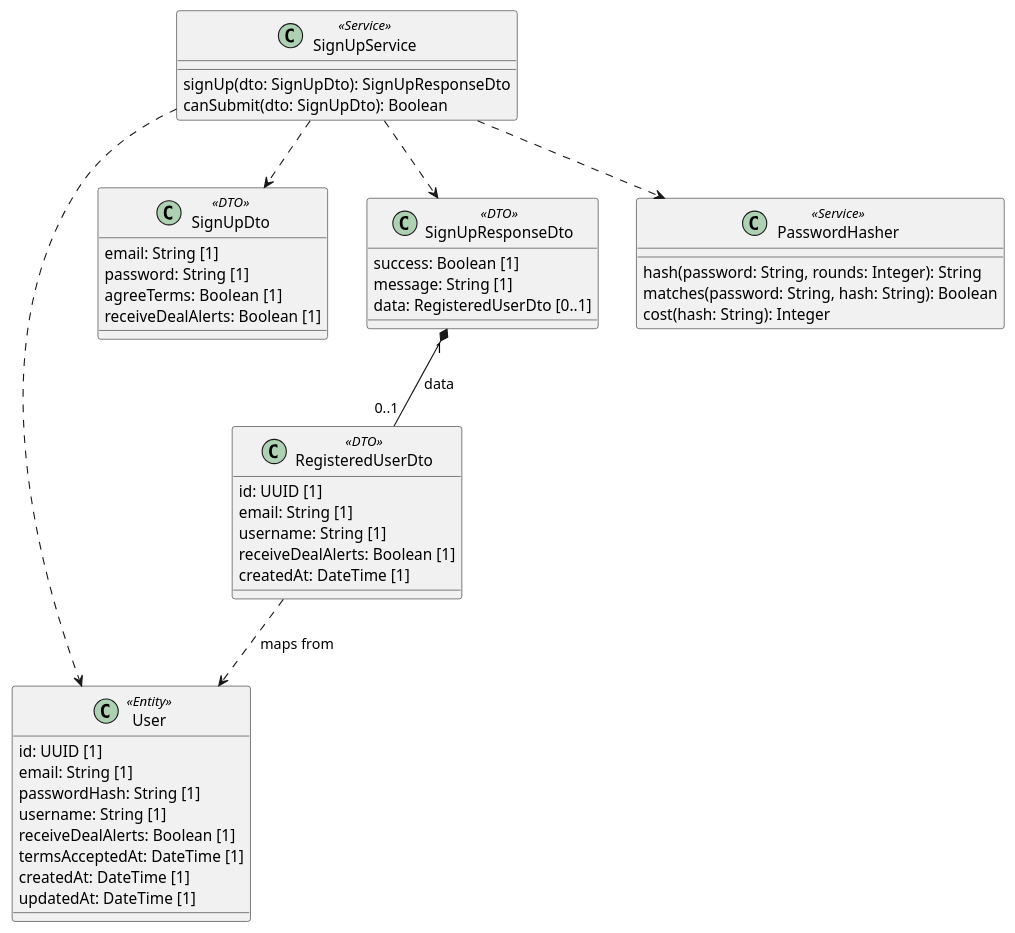
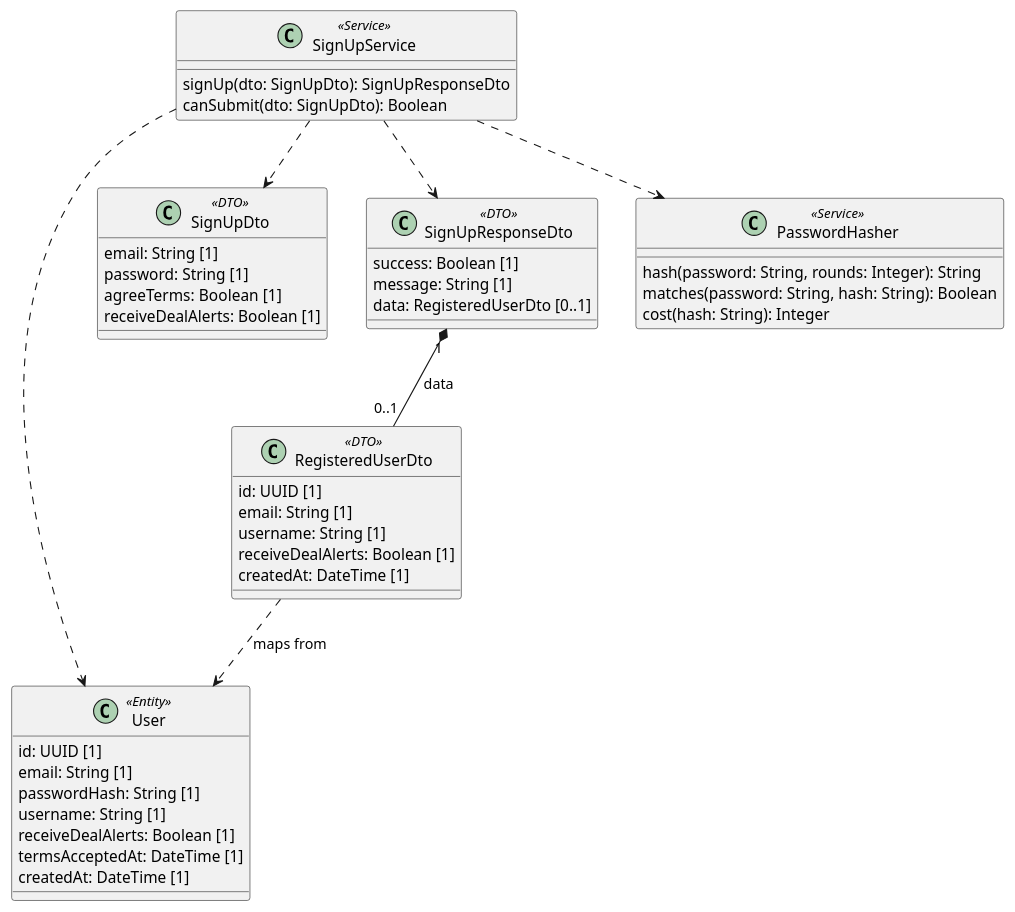
Before and after one commit to khanhNguyenHong2311/VT-TripmaSpecification: the diagram in 01-inception/use-cases/uc-07-sign-up.md, drawn with PlantUML. The commit also changed other lines of this file and 12 other files, not shown here.

Commit message:
feat: add database-schema, uc08, 09, 12; modify: all uc

```diff
--- a/01-inception/use-cases/uc-07-sign-up.md
+++ b/01-inception/use-cases/uc-07-sign-up.md
@@ -120,55 +115,54 @@
 ~~~plantuml
 @startuml
 
 class User <<Entity>> {
   id: UUID [1]
   email: String [1]
   passwordHash: String [1]
   username: String [1]
   receiveDealAlerts: Boolean [1]
   termsAcceptedAt: DateTime [1]
   createdAt: DateTime [1]
-  updatedAt: DateTime [1]
 }
 
 class SignUpDto <<DTO>> {
   email: String [1]
   password: String [1]
   agreeTerms: Boolean [1]
   receiveDealAlerts: Boolean [1]
 }
 
 class RegisteredUserDto <<DTO>> {
   id: UUID [1]
   email: String [1]
   username: String [1]
   receiveDealAlerts: Boolean [1]
   createdAt: DateTime [1]
 }
 
 class SignUpResponseDto <<DTO>> {
   success: Boolean [1]
   message: String [1]
   data: RegisteredUserDto [0..1]
 }
 
 class SignUpService <<Service>> {
   signUp(dto: SignUpDto): SignUpResponseDto
   canSubmit(dto: SignUpDto): Boolean
 }
 
 class PasswordHasher <<Service>> {
   hash(password: String, rounds: Integer): String
   matches(password: String, hash: String): Boolean
   cost(hash: String): Integer
 }
 
 SignUpService ..> SignUpDto
 SignUpService ..> SignUpResponseDto
 SignUpService ..> PasswordHasher
 SignUpService ..> User
 SignUpResponseDto "1" *-- "0..1" RegisteredUserDto : data
 RegisteredUserDto ..> User : maps from
 
 @enduml
 ~~~
```
